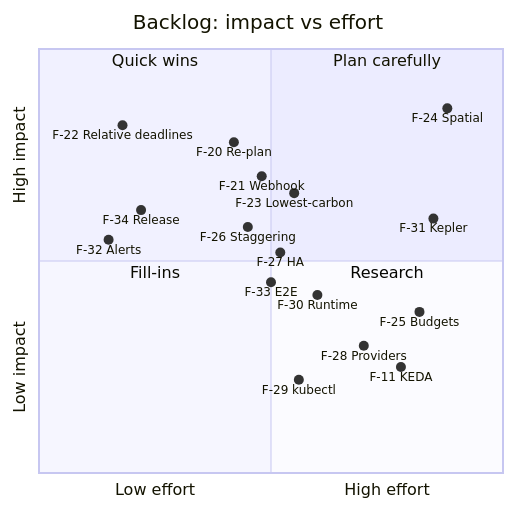
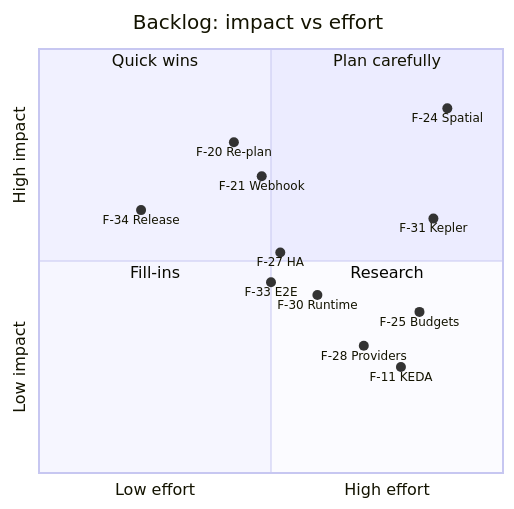
One commit to mahmudul-islam32/carbon-aware-k8s-scheduler changed the second of 3 diagrams in docs/FEATURES.md. Above: the diagram before and after it, drawn with Mermaid. The commit also changed other lines of this file and 19 other files, not shown here.

````diff
--- a/docs/FEATURES.md
+++ b/docs/FEATURES.md
@@ -447,26 +659,21 @@
 ```mermaid
 quadrantChart
     title Backlog: impact vs effort
     x-axis Low effort --> High effort
     y-axis Low impact --> High impact
     quadrant-1 Plan carefully
     quadrant-2 Quick wins
     quadrant-3 Fill-ins
     quadrant-4 Research
-    F-22 Relative deadlines: [0.18, 0.82]
     F-20 Re-plan: [0.42, 0.78]
-    F-32 Alerts: [0.15, 0.55]
     F-34 Release: [0.22, 0.62]
     F-21 Webhook: [0.48, 0.70]
-    F-26 Staggering: [0.45, 0.58]
     F-27 HA: [0.52, 0.52]
     F-33 E2E: [0.50, 0.45]
-    F-23 Lowest-carbon: [0.55, 0.66]
     F-24 Spatial: [0.88, 0.86]
     F-25 Budgets: [0.82, 0.38]
     F-28 Providers: [0.70, 0.30]
-    F-29 kubectl: [0.56, 0.22]
     F-30 Runtime: [0.60, 0.42]
     F-31 Kepler: [0.85, 0.60]
     F-11 KEDA: [0.78, 0.25]
 ```
````
